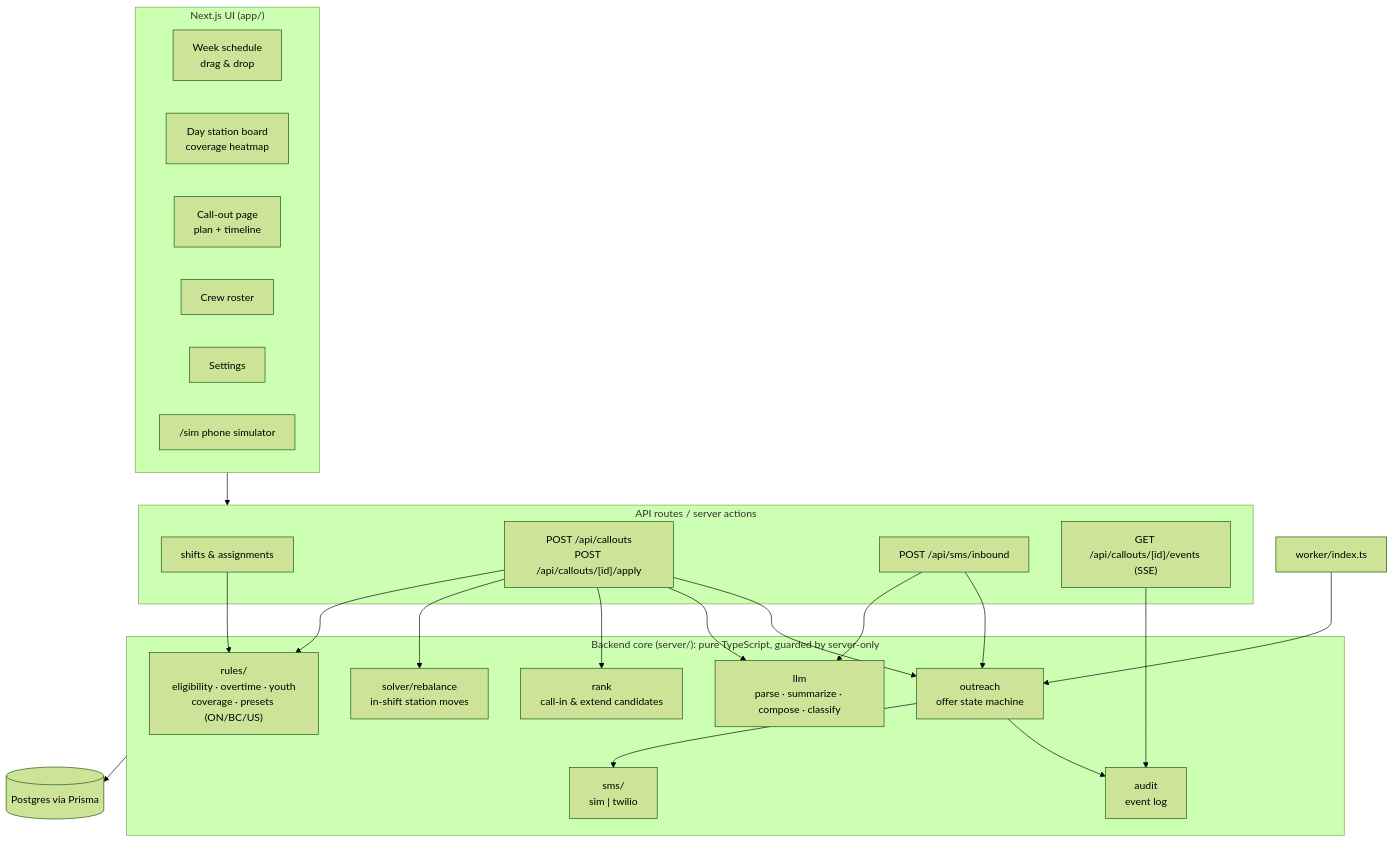
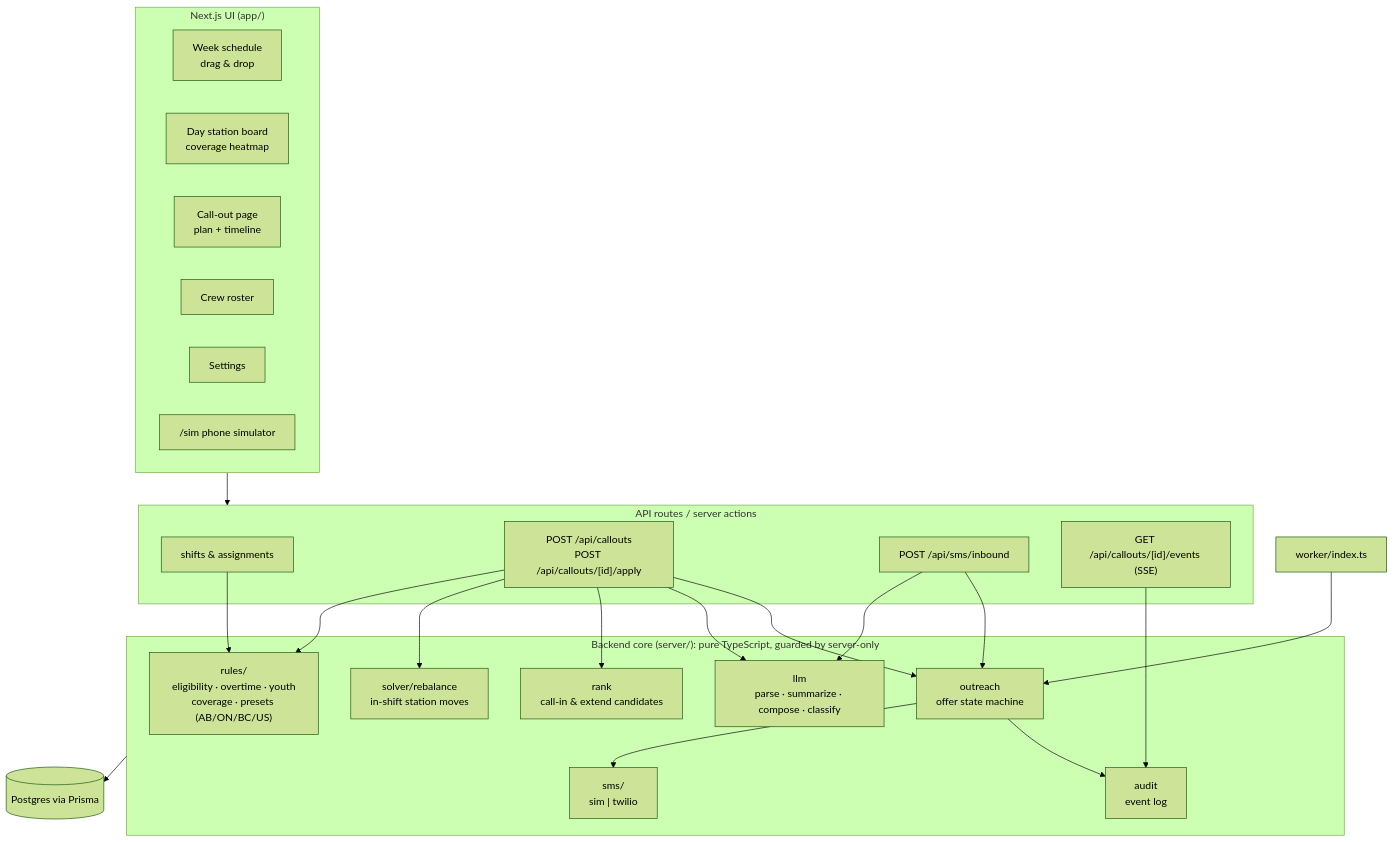
One commit to DonCastillo/Vultr-Hackathon changed the third of 6 diagrams in plan/architecture.md. Above: the diagram before and after it, drawn with Mermaid (forest theme). The commit also changed 7 other files, not shown here.

First line of the commit message:
Add Alberta jurisdiction preset with updated youth labour rules

````diff
--- a/plan/architecture.md
+++ b/plan/architecture.md
@@ -79,40 +79,40 @@
 ```mermaid
 flowchart TB
     subgraph UI["Next.js UI (app/)"]
         Week["Week schedule<br/>drag & drop"]
         Day["Day station board<br/>coverage heatmap"]
         CallOutPage["Call-out page<br/>plan + timeline"]
         Roster["Crew roster"]
         Settings["Settings"]
         Sim["/sim phone simulator"]
     end
 
     subgraph API["API routes / server actions"]
         ShiftsAPI["shifts & assignments"]
         CallOutsAPI["POST /api/callouts<br/>POST /api/callouts/[id]/apply"]
         Inbound["POST /api/sms/inbound"]
         Events["GET /api/callouts/[id]/events (SSE)"]
     end
 
     subgraph Domain["Backend core (server/): pure TypeScript, guarded by server-only"]
-        Rules["rules/<br/>eligibility · overtime · youth<br/>coverage · presets (ON/BC/US)"]
+        Rules["rules/<br/>eligibility · overtime · youth<br/>coverage · presets (AB/ON/BC/US)"]
         Solver["solver/rebalance<br/>in-shift station moves"]
         Rank["rank<br/>call-in & extend candidates"]
         Outreach["outreach<br/>offer state machine"]
         LLMlib["llm<br/>parse · summarize · compose · classify"]
         SMS["sms/<br/>sim | twilio"]
         Audit["audit<br/>event log"]
     end
 
     DB[("Postgres via Prisma")]
     WorkerProc["worker/index.ts"]
 
     UI --> API
     ShiftsAPI --> Rules
     CallOutsAPI --> Rules & Solver & Rank & LLMlib & Outreach
     Inbound --> LLMlib & Outreach
     Outreach --> SMS & Audit
     WorkerProc --> Outreach
     Domain --> DB
     Events --> Audit
 ```
````
